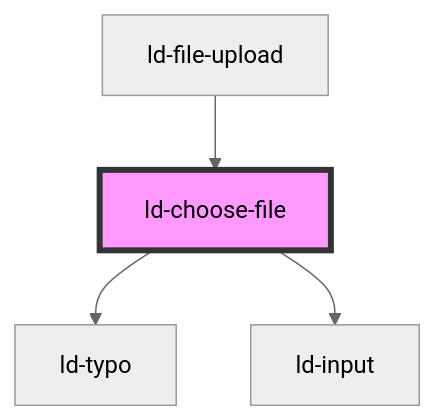
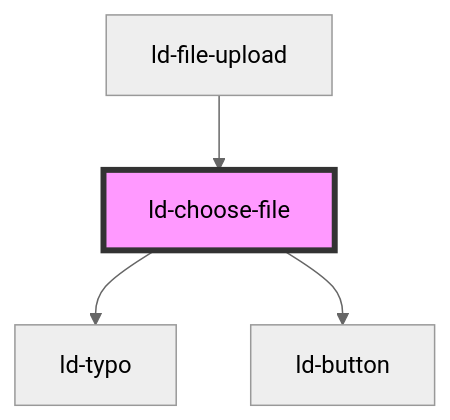
The diagram in src/liquid/components/ld-file-upload/ld-choose-file/readme.md (emdgroup-liquid/liquid), drawn with Mermaid (neutral theme) before and after one commit. The commit also changed other lines of this file and 26 other files, not shown here.

````diff
--- a/src/liquid/components/ld-file-upload/ld-choose-file/readme.md
+++ b/src/liquid/components/ld-file-upload/ld-choose-file/readme.md
@@ -76,7 +70,7 @@
 ```mermaid
 graph TD;
   ld-choose-file --> ld-typo
-  ld-choose-file --> ld-input
+  ld-choose-file --> ld-button
   ld-file-upload --> ld-choose-file
   style ld-choose-file fill:#f9f,stroke:#333,stroke-width:4px
 ```
````
